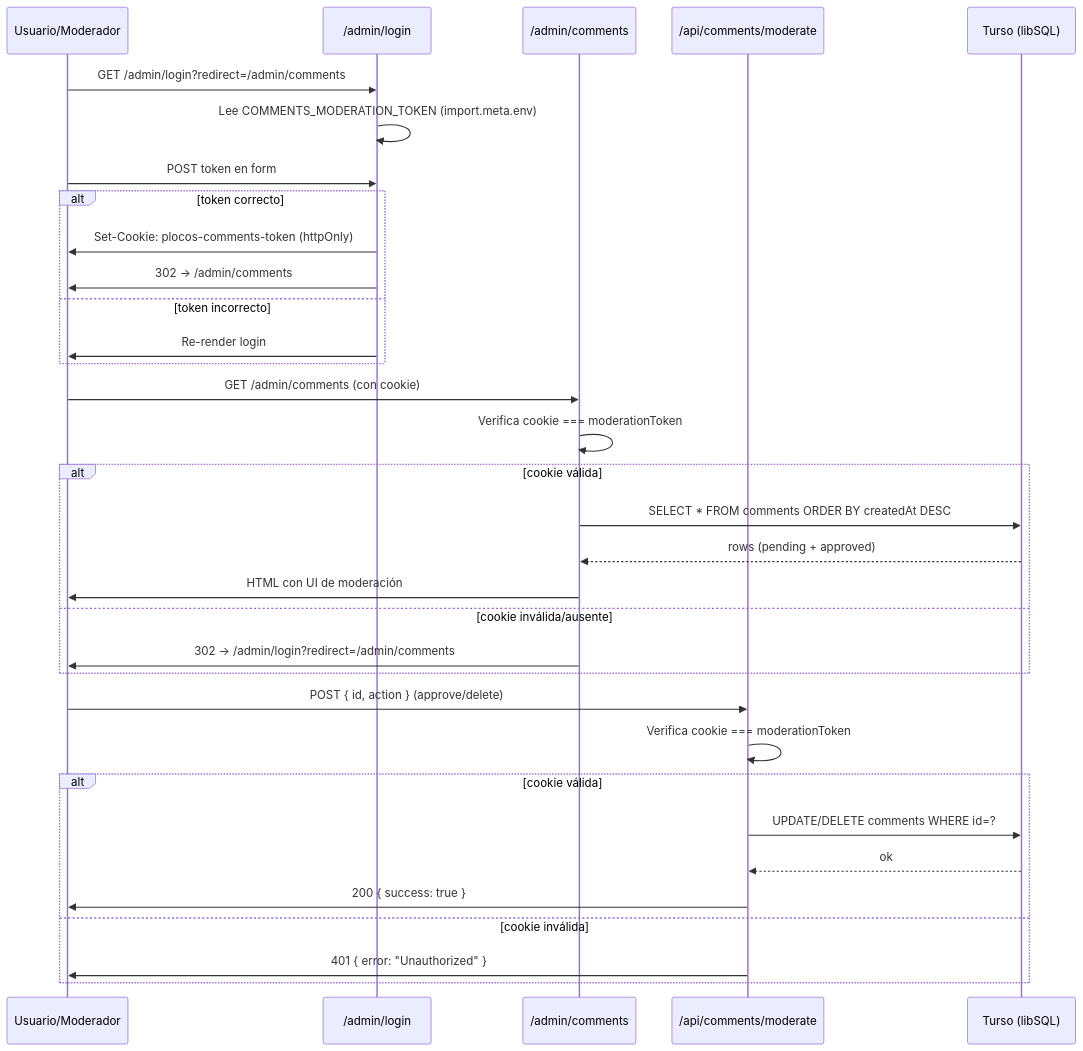
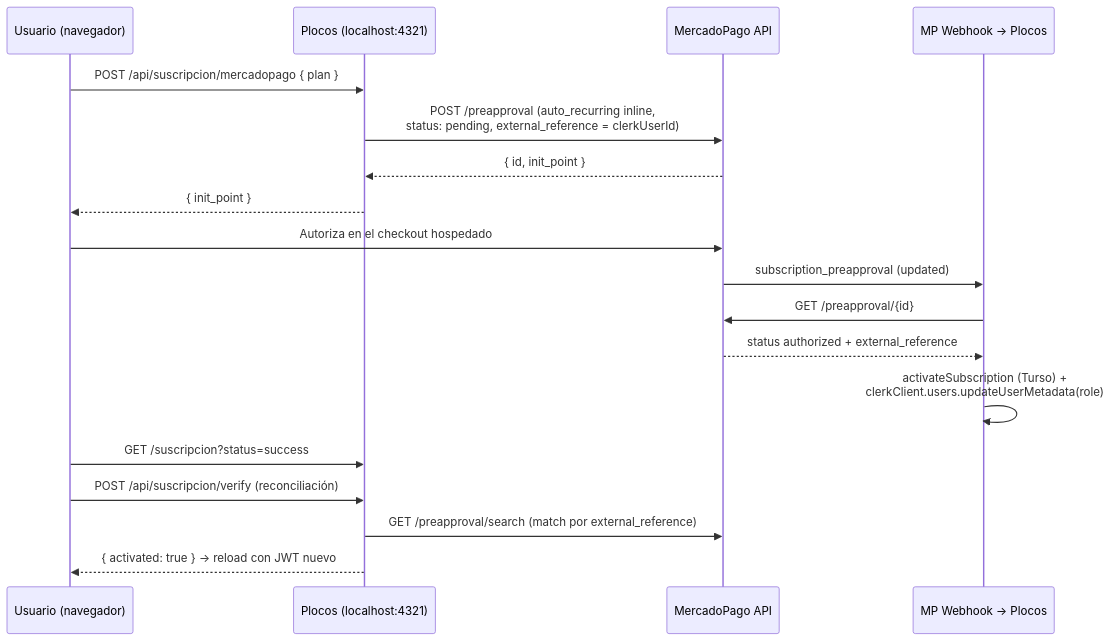
One commit to naujrevilo/plocos_astro changed the second of 3 diagrams in docs/arquitectura.md. Above: the diagram before and after it, drawn with Mermaid. The commit also changed other lines of this file and 3 other files, not shown here.

First line of the commit message:
docs(plocos): document the NQLV pivot + MercadoPago integration (T11)

````diff
--- a/docs/arquitectura.md
+++ b/docs/arquitectura.md
@@ -122,38 +60,21 @@
 ```mermaid
 sequenceDiagram
-    participant U as Usuario/Moderador
-    participant L as /admin/login
-    participant C as /admin/comments
-    participant A as /api/comments/moderate
-    participant DB as Turso (libSQL)
+    participant U as Usuario (navegador)
+    participant App as Plocos (localhost:4321)
+    participant MP as MercadoPago API
+    participant WH as MP Webhook → Plocos
 
-    U->>L: GET /admin/login?redirect=/admin/comments
-    L->>L: Lee COMMENTS_MODERATION_TOKEN (import.meta.env)
-    U->>L: POST token en form
-    alt token correcto
-        L->>U: Set-Cookie: plocos-comments-token (httpOnly)
-        L->>U: 302 → /admin/comments
-    else token incorrecto
-        L->>U: Re-render login
-    end
-
-    U->>C: GET /admin/comments (con cookie)
-    C->>C: Verifica cookie === moderationToken
-    alt cookie válida
-        C->>DB: SELECT * FROM comments ORDER BY createdAt DESC
-        DB-->>C: rows (pending + approved)
-        C->>U: HTML con UI de moderación
-    else cookie inválida/ausente
-        C->>U: 302 → /admin/login?redirect=/admin/comments
-    end
-
-    U->>A: POST { id, action } (approve/delete)
-    A->>A: Verifica cookie === moderationToken
-    alt cookie válida
-        A->>DB: UPDATE/DELETE comments WHERE id=?
-        DB-->>A: ok
-        A->>U: 200 { success: true }
-    else cookie inválida
-        A->>U: 401 { error: "Unauthorized" }
-    end
+    U->>App: POST /api/suscripcion/mercadopago { plan }
+    App->>MP: POST /preapproval (auto_recurring inline,<br/>status: pending, external_reference = clerkUserId)
+    MP-->>App: { id, init_point }
+    App-->>U: { init_point }
+    U->>MP: Autoriza en el checkout hospedado
+    MP->>WH: subscription_preapproval (updated)
+    WH->>MP: GET /preapproval/{id}
+    MP-->>WH: status authorized + external_reference
+    WH->>WH: activateSubscription (Turso) +<br/>clerkClient.users.updateUserMetadata(role)
+    U->>App: GET /suscripcion?status=success
+    U->>App: POST /api/suscripcion/verify (reconciliación)
+    App->>MP: GET /preapproval/search (match por external_reference)
+    App-->>U: { activated: true } → reload con JWT nuevo
 ```
````
